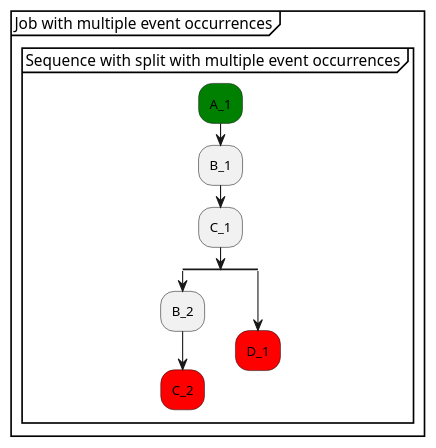
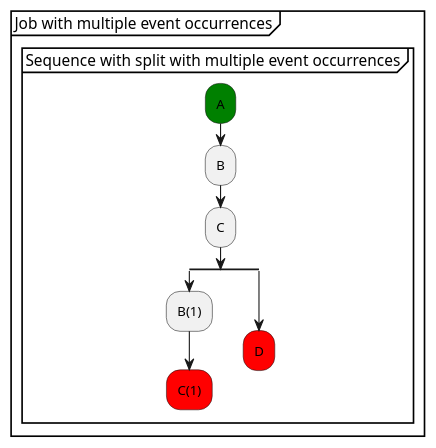
The diagram in models/SequenceVerificationDataCentric/puml/Tutorial_10.puml (xtuml/munin), drawn with PlantUML before and after one commit. The commit also changed 10 other files, not shown here.

```diff
--- a/models/SequenceVerificationDataCentric/puml/Tutorial_10.puml
+++ b/models/SequenceVerificationDataCentric/puml/Tutorial_10.puml
@@ -7,17 +7,17 @@
 @startuml 
 partition "Job with multiple event occurrences" {
   group "Sequence with split with multiple event occurrences"
-      #green:A_1;
-      :B_1;
-      :C_1;
+      #green:A;
+      :B;
+      :C;
       split
-        :B_2;
-        #red:C_2;
+        :B(1);
+        #red:C(1);
         detach
       split again
-        #red:D_1;
+        #red:D;
         detach
       end split
   end group
 }
 @enduml
```
